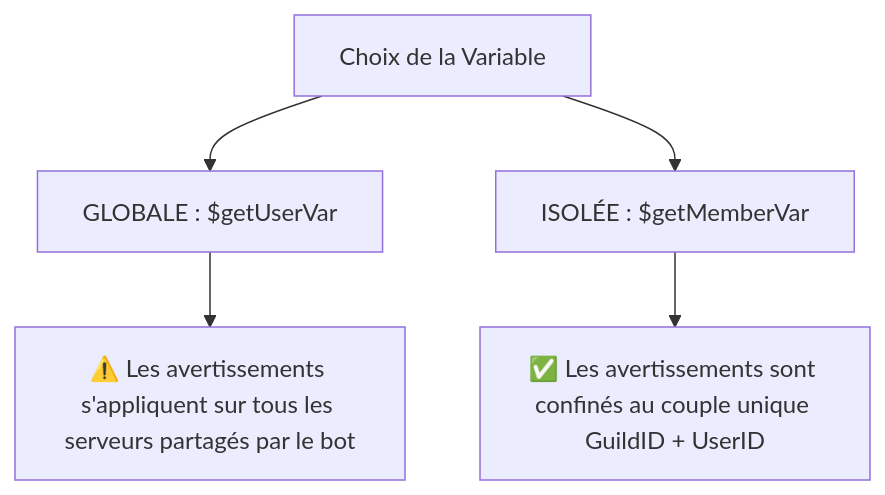
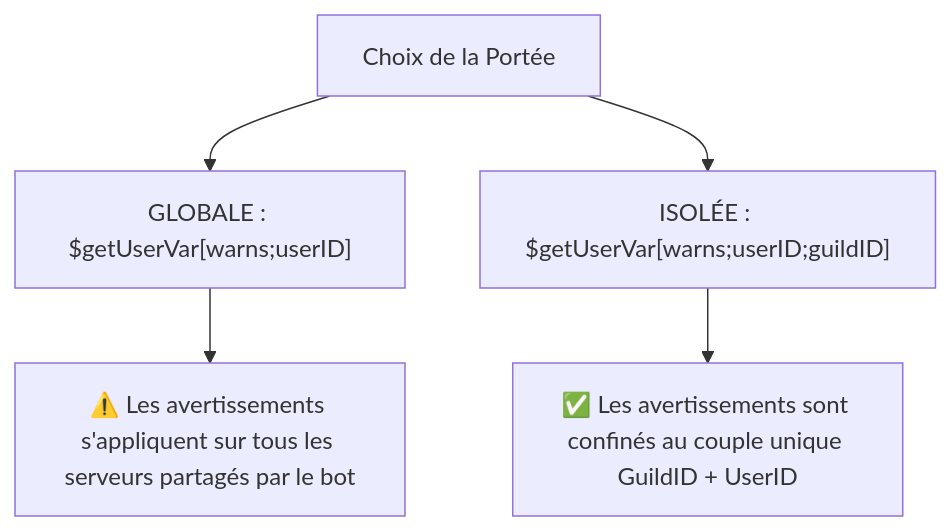
One commit to ketsuna-org/vitrine changed the diagram in _posts/2026-05-30-comment-creer-un-systeme-de-warn-de-moderation-en-bdfd.md. Above: the diagram before and after it, drawn with Mermaid. The commit also changed other lines of this file and 1 other file, not shown here.

First line of the commit message:
fix: replace non-existent $getMemberVar/$setMemberVar with real BDFD syntax

````diff
--- a/_posts/2026-05-30-comment-creer-un-systeme-de-warn-de-moderation-en-bdfd.md
+++ b/_posts/2026-05-30-comment-creer-un-systeme-de-warn-de-moderation-en-bdfd.md
@@ -27,7 +25,7 @@
 ```mermaid
 graph TD
-    A[Choix de la Variable] --> B[GLOBALE : $getUserVar]
-    A --> C[ISOLÉE : $getMemberVar]
+    A[Choix de la Portée] --> B["GLOBALE : $getUserVar[warns;userID]"]
+    A --> C["ISOLÉE : $getUserVar[warns;userID;guildID]"]
     B --> D[⚠️ Les avertissements s'appliquent sur tous les serveurs partagés par le bot]
     C --> E[✅ Les avertissements sont confinés au couple unique GuildID + UserID]
 ```
````
